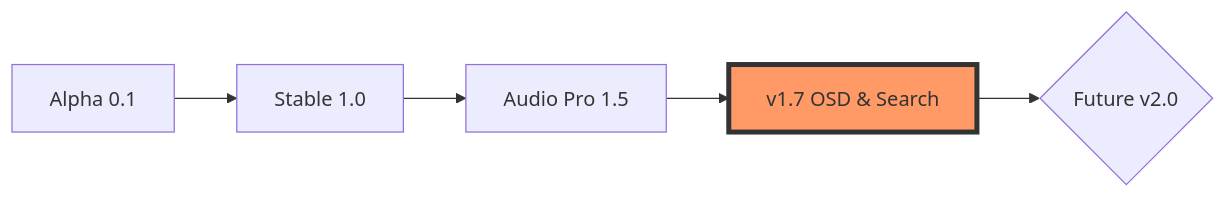
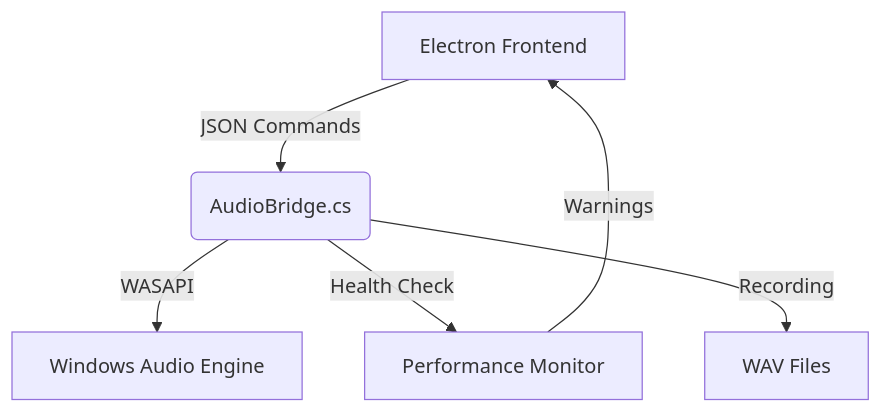
The diagram in Roadmap.md (NightBossman/volumeflow), drawn with Mermaid before and after one commit. The commit also changed other lines of this file, not shown here.

Commit message:
v1.7.0: Update Roadmap with completed tasks and future plans

````diff
--- a/Roadmap.md
+++ b/Roadmap.md
@@ -53,8 +24,8 @@
 ```mermaid
-graph LR
-    A[Alpha 0.1] --> B[Stable 1.0]
-    B --> C[Audio Pro 1.5]
-    C --> D[v1.7 OSD & Search]
-    D --> E{Future v2.0}
-    style D fill:#f96,stroke:#333,stroke-width:4px
+graph TD
+    A[Electron Frontend] -->|JSON Commands| B(AudioBridge.cs)
+    B -->|WASAPI| C[Windows Audio Engine]
+    B -->|Health Check| D[Performance Monitor]
+    B -->|Recording| E[WAV Files]
+    D -->|Warnings| A
 ```
````
